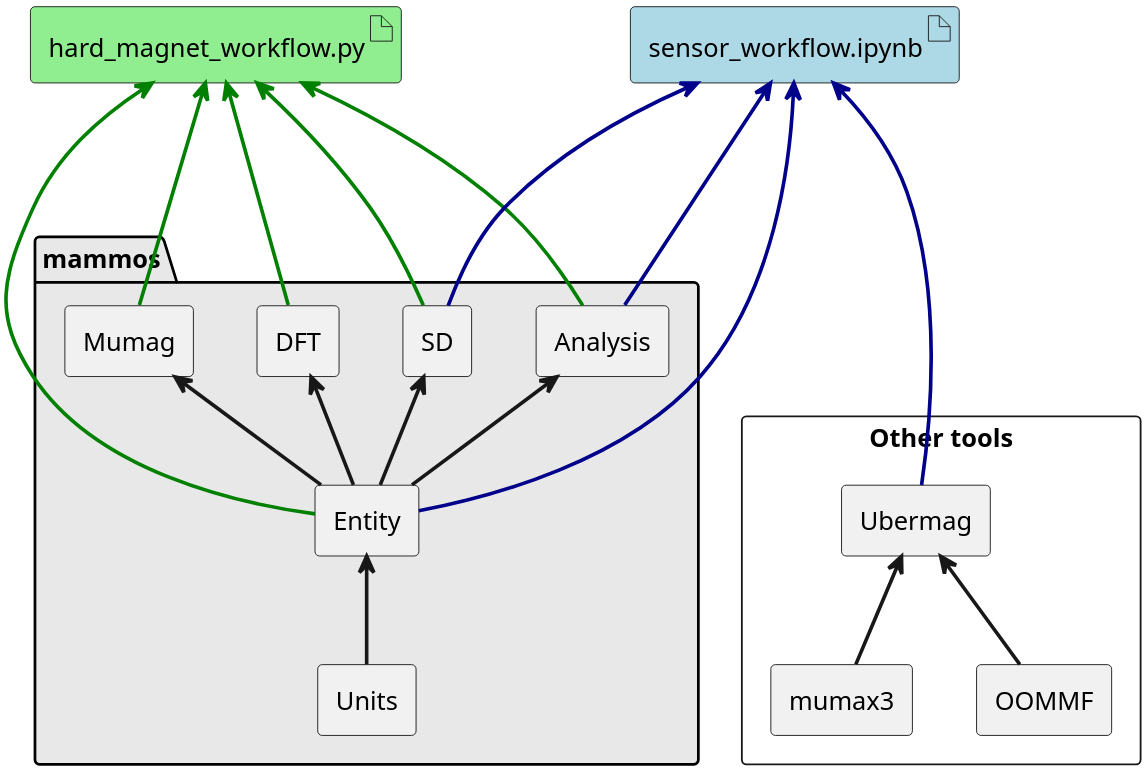
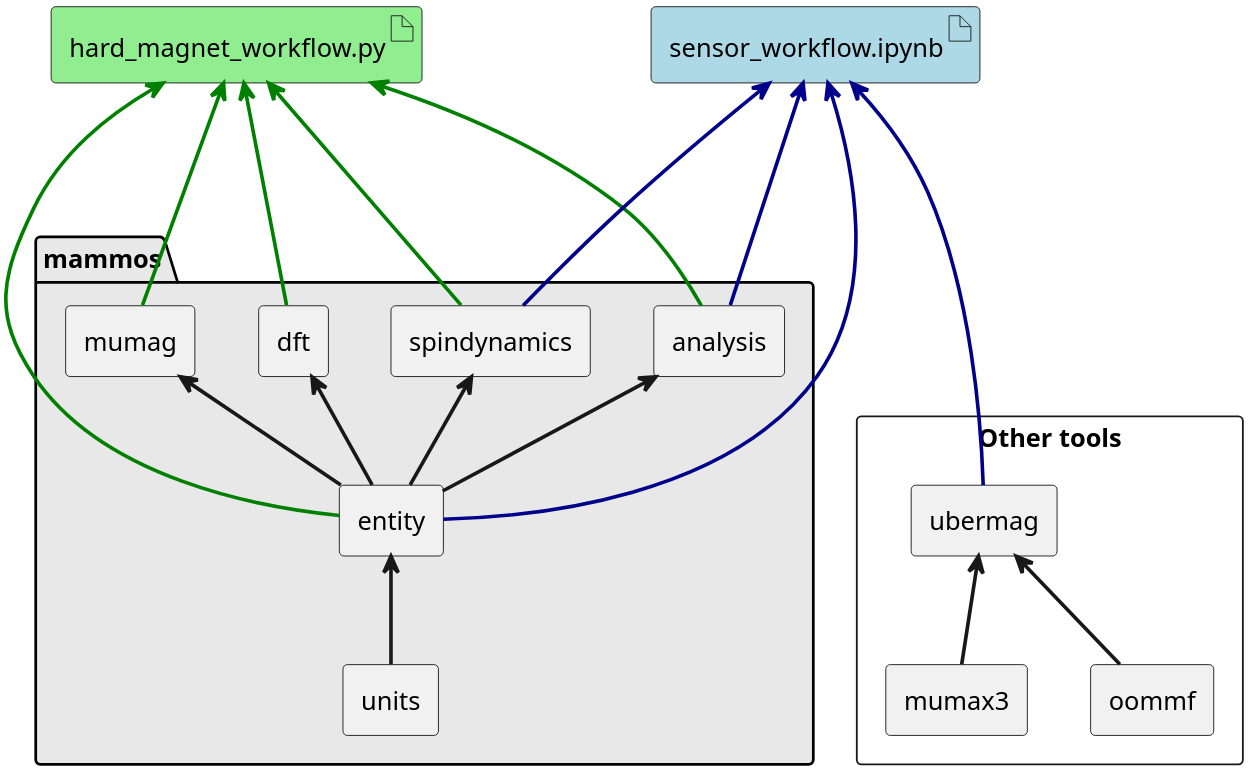
The diagram in docs/source/images/overview/overview.puml (MaMMoS-project/mammos), drawn with PlantUML before and after one commit. The commit also changed 2 other files, not shown here.

```diff
--- a/docs/source/images/overview/overview.puml
+++ b/docs/source/images/overview/overview.puml
@@ -1,50 +1,50 @@
-@startuml
+@startumlp
 skinparam componentStyle rectangle
 skinparam defaultTextAlignment center
 skinparam ArrowThickness 2
 skinparam defaultFontName Menlo
 skinparam dpi 300
 
 
 together {
   ' Core components
   package "mammos" #E8E8E8 {
-    [Units]
-    [Entity] <-- [Units]
-    [DFT] <-- [Entity]
-    [SD] <-- [Entity]
-    [Mumag] <-- [Entity]
-    [Analysis] <-- [Entity]
+    [units]
+    [entity] <-- [units]
+    [dft] <-- [entity]
+    [spindynamics] <-- [entity]
+    [mumag] <-- [entity]
+    [analysis] <-- [entity]
   }
   
   ' Core components
   component "Other tools" as OtherTools {
-    [Ubermag] <-- [OOMMF]
-    [Ubermag] <-- [mumax3]
+    [ubermag] <-- [oommf]
+    [ubermag] <-- [mumax3]
   }
 
 }
 
 ' hidden lines to help placement
-[Analysis] -[hidden]-> [Ubermag]
+[analysis] -[hidden]-> [ubermag]
 
 artifact "hard_magnet_workflow.py" as HardMagnetWorkflow #LightGreen
 
 artifact "sensor_workflow.ipynb" as SensorWorkflow #LightBlue
 
-HardMagnetWorkflow <--[#green]- Entity 
-' HardMagnetWorkflow <--[#green]- Units 
-HardMagnetWorkflow <--[#green]- Mumag 
-HardMagnetWorkflow <--[#green]- SD
-HardMagnetWorkflow <--[#green]- DFT
-HardMagnetWorkflow <--[#green]- Analysis
+HardMagnetWorkflow <--[#green]- entity 
+' HardMagnetWorkflow <--[#green]- units 
+HardMagnetWorkflow <--[#green]- mumag 
+HardMagnetWorkflow <--[#green]- spindynamics
+HardMagnetWorkflow <--[#green]- dft
+HardMagnetWorkflow <--[#green]- analysis
 
-SensorWorkflow <--[#darkblue]- Entity 
-' SensorWorkflow <--[#darkblue]- Units 
-SensorWorkflow <--[#darkblue]- SD
-SensorWorkflow <--[#darkblue]- Analysis
-SensorWorkflow <--[#darkblue]- Ubermag
+SensorWorkflow <--[#darkblue]- entity 
+' SensorWorkflow <--[#darkblue]- units 
+SensorWorkflow <--[#darkblue]- spindynamics
+SensorWorkflow <--[#darkblue]- analysis
+SensorWorkflow <--[#darkblue]- ubermag
 
 
 
 @enduml
```
